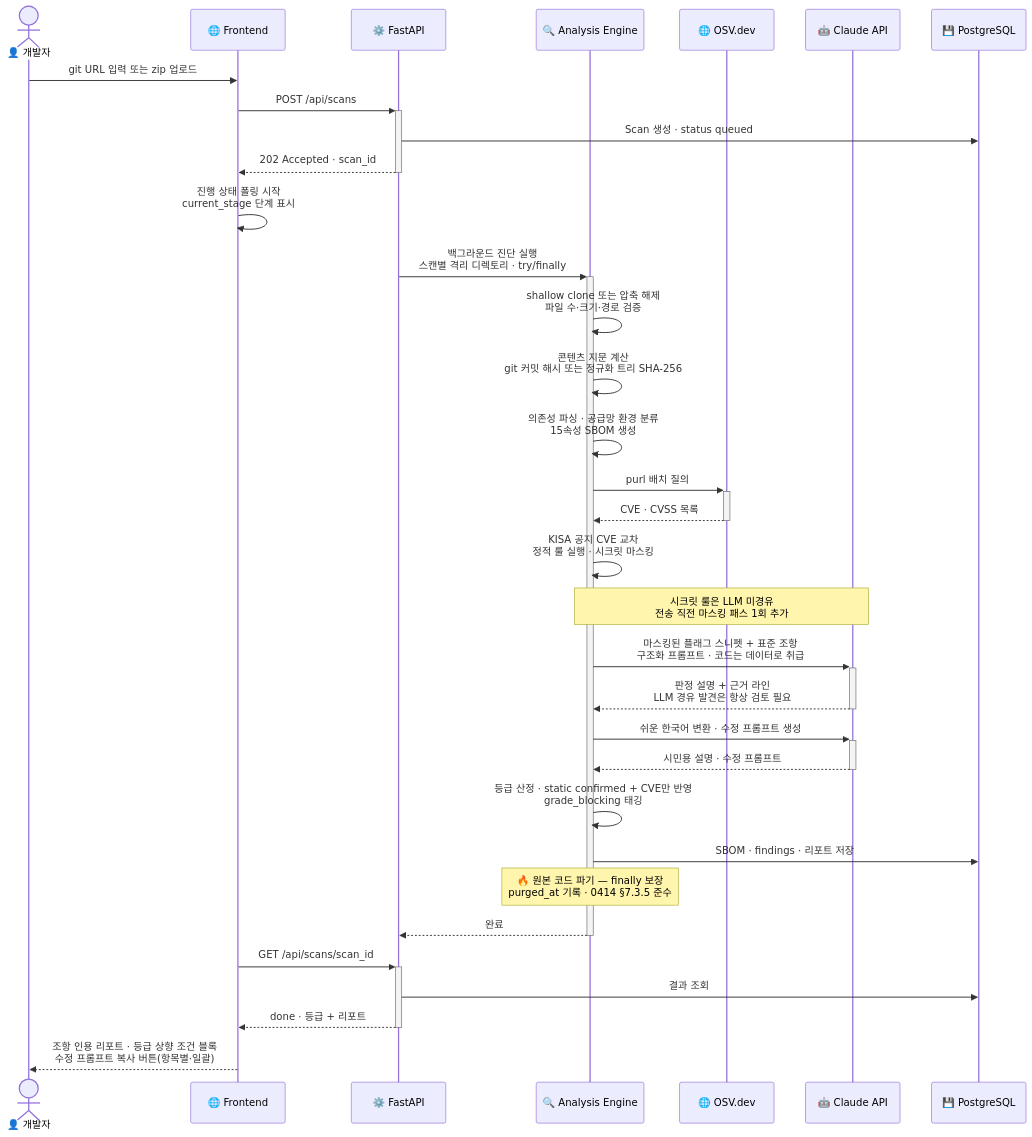
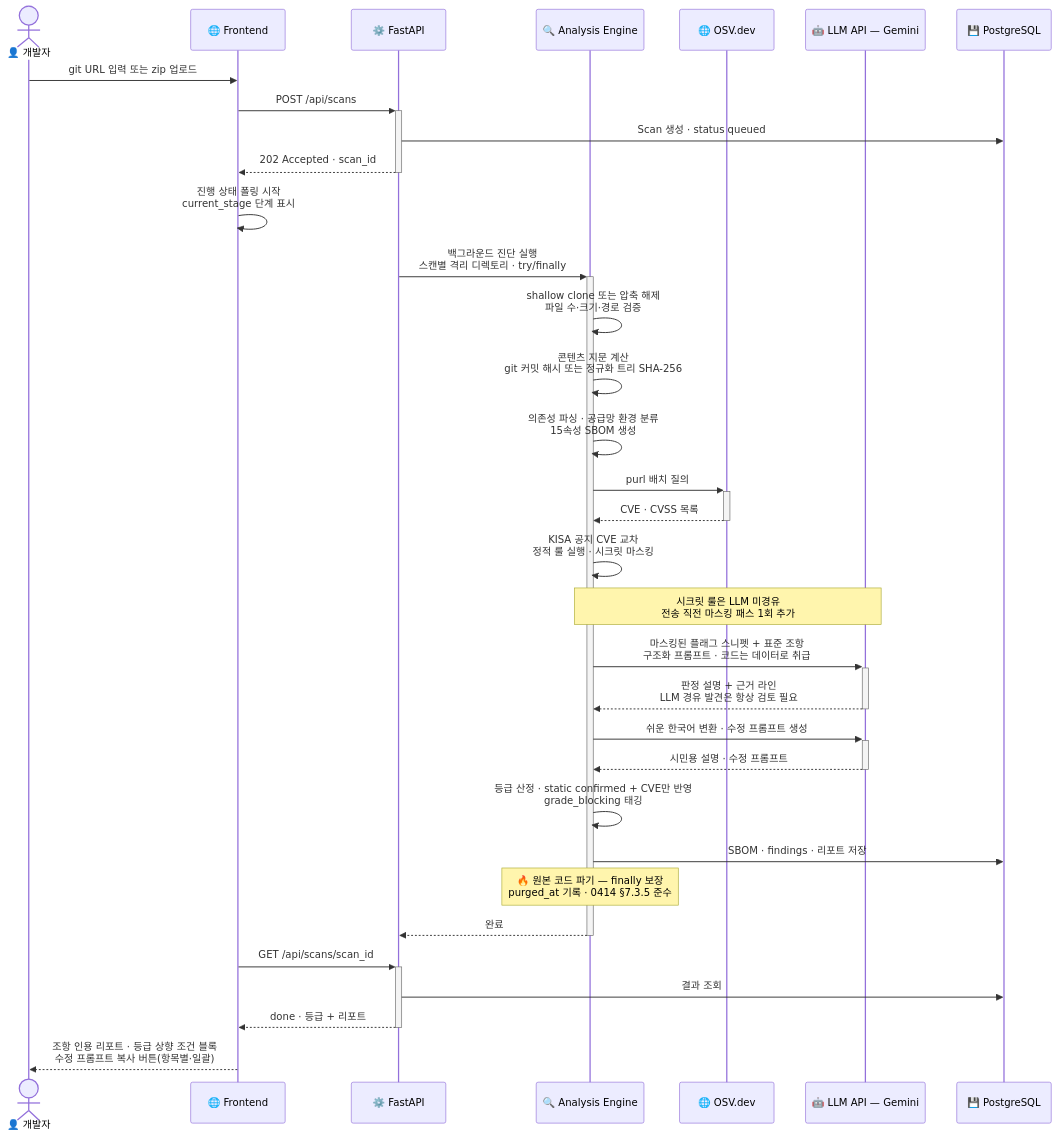
Before and after one commit to fmaPark/ansim-code: the second of 5 diagrams in docs/tdd.md, drawn with Mermaid. The commit also changed other lines of this file and 1 other file, not shown here.

First line of the commit message:
docs: TDD v0.6 — LLM 공급자 Gemini 전면 전환 반영 + 기획 검토 요청서

````diff
--- a/docs/tdd.md
+++ b/docs/tdd.md
@@ -299,38 +300,38 @@
 ```mermaid
 sequenceDiagram
     actor Dev as 👤 개발자
     participant FE as 🌐 Frontend
     participant API as ⚙️ FastAPI
     participant ENG as 🔍 Analysis Engine
     participant OSV as 🌐 OSV.dev
-    participant LLM as 🤖 Claude API
+    participant LLM as 🤖 LLM API — Gemini
     participant DB as 💾 PostgreSQL
 
     Dev->>FE: git URL 입력 또는 zip 업로드
     FE->>+API: POST /api/scans
     API->>DB: Scan 생성 · status queued
     API-->>-FE: 202 Accepted · scan_id
     FE->>FE: 진행 상태 폴링 시작<br/>current_stage 단계 표시
 
     API->>+ENG: 백그라운드 진단 실행<br/>스캔별 격리 디렉토리 · try/finally
     ENG->>ENG: shallow clone 또는 압축 해제<br/>파일 수·크기·경로 검증
     ENG->>ENG: 콘텐츠 지문 계산<br/>git 커밋 해시 또는 정규화 트리 SHA-256
     ENG->>ENG: 의존성 파싱 · 공급망 환경 분류<br/>15속성 SBOM 생성
     ENG->>+OSV: purl 배치 질의
     OSV-->>-ENG: CVE · CVSS 목록
     ENG->>ENG: KISA 공지 CVE 교차<br/>정적 룰 실행 · 시크릿 마스킹
     Note over ENG,LLM: 시크릿 룰은 LLM 미경유<br/>전송 직전 마스킹 패스 1회 추가
     ENG->>+LLM: 마스킹된 플래그 스니펫 + 표준 조항<br/>구조화 프롬프트 · 코드는 데이터로 취급
     LLM-->>-ENG: 판정 설명 + 근거 라인<br/>LLM 경유 발견은 항상 검토 필요
     ENG->>+LLM: 쉬운 한국어 변환 · 수정 프롬프트 생성
     LLM-->>-ENG: 시민용 설명 · 수정 프롬프트
     ENG->>ENG: 등급 산정 · static confirmed + CVE만 반영<br/>grade_blocking 태깅
     ENG->>DB: SBOM · findings · 리포트 저장
     Note over ENG: 🔥 원본 코드 파기 — finally 보장<br/>purged_at 기록 · 0414 §7.3.5 준수
     ENG-->>-API: 완료
 
     FE->>+API: GET /api/scans/scan_id
     API->>DB: 결과 조회
     API-->>-FE: done · 등급 + 리포트
     FE-->>Dev: 조항 인용 리포트 · 등급 상향 조건 블록<br/>수정 프롬프트 복사 버튼(항목별·일괄)
 ```
````
